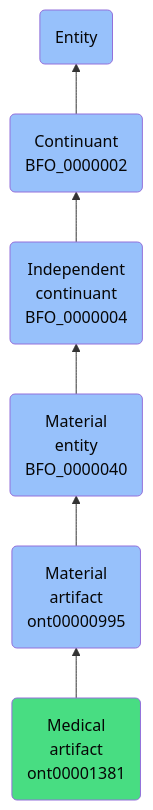
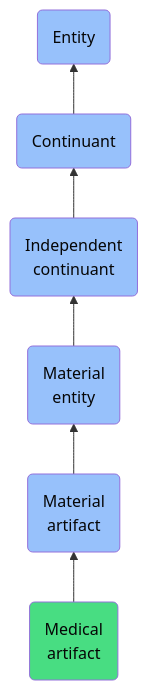
Before and after one commit to jupyter-naas/abi: the diagram in docs/ontology/reference/model/Entity/Continuant/Independent continuant/Material entity/Material artifact/Medical artifact/Medical artifact.md, drawn with Mermaid. The commit also changed other lines of this file and 1430 other files, not shown here.

````diff
--- a/docs/ontology/reference/model/Entity/Continuant/Independent continuant/Material entity/Material artifact/Medical artifact/Medical artifact.md
+++ b/docs/ontology/reference/model/Entity/Continuant/Independent continuant/Material entity/Material artifact/Medical artifact/Medical artifact.md
@@ -24,13 +24,13 @@
 ```mermaid
 graph BT
-    ont00001381(Medical<br>artifact<br>ont00001381):::ABI-->ont00000995
-    ont00000995(Material<br>artifact<br>ont00000995):::BFO-->BFO_0000040
-    BFO_0000040(Material<br>entity<br>BFO_0000040):::BFO-->BFO_0000004
-    BFO_0000004(Independent<br>continuant<br>BFO_0000004):::BFO-->BFO_0000002
-    BFO_0000002(Continuant<br>BFO_0000002):::BFO-->BFO_0000001
+    ont00001381(Medical<br>artifact):::ABI-->ont00000995
+    ont00000995(Material<br>artifact):::BFO-->BFO_0000040
+    BFO_0000040(Material<br>entity):::BFO-->BFO_0000004
+    BFO_0000004(Independent<br>continuant):::BFO-->BFO_0000002
+    BFO_0000002(Continuant):::BFO-->BFO_0000001
     BFO_0000001(Entity):::BFO
     
     classDef BFO fill:#97c1fb,color:#060606
     classDef CCO fill:#e4c51e,color:#060606
     classDef ABI fill:#48DD82,color:#060606
 ```
````
